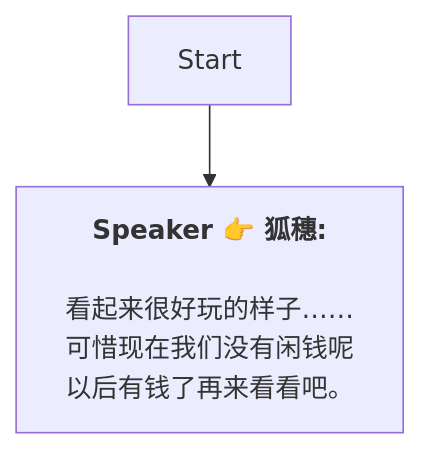
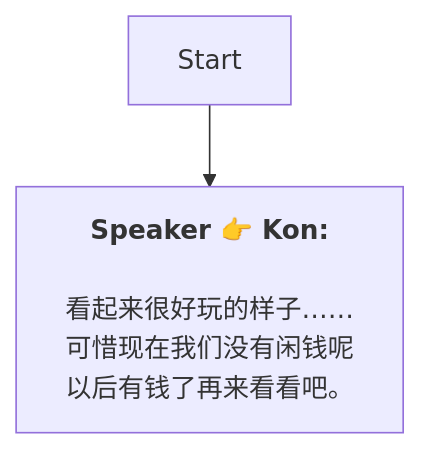
Before and after one commit to SoftHu/tos_avg: the diagram in Zh/QuestStartTalkENode_1739414719136994.md, drawn with Mermaid. The commit also changed 737 other files, not shown here.

````diff
--- a/Zh/QuestStartTalkENode_1739414719136994.md
+++ b/Zh/QuestStartTalkENode_1739414719136994.md
@@ -1,9 +1,8 @@
 ```mermaid
 graph
-Start -->1739414744571109[<b>Speaker 👉 狐穗:</b>
-
-看起来很好玩的样子……
+Start -->1739414744571109[<b>Speaker 👉 Kon:</b>
+\n看起来很好玩的样子……
 可惜现在我们没有闲钱呢
 以后有钱了再来看看吧。]
 
- ```
+```
````
